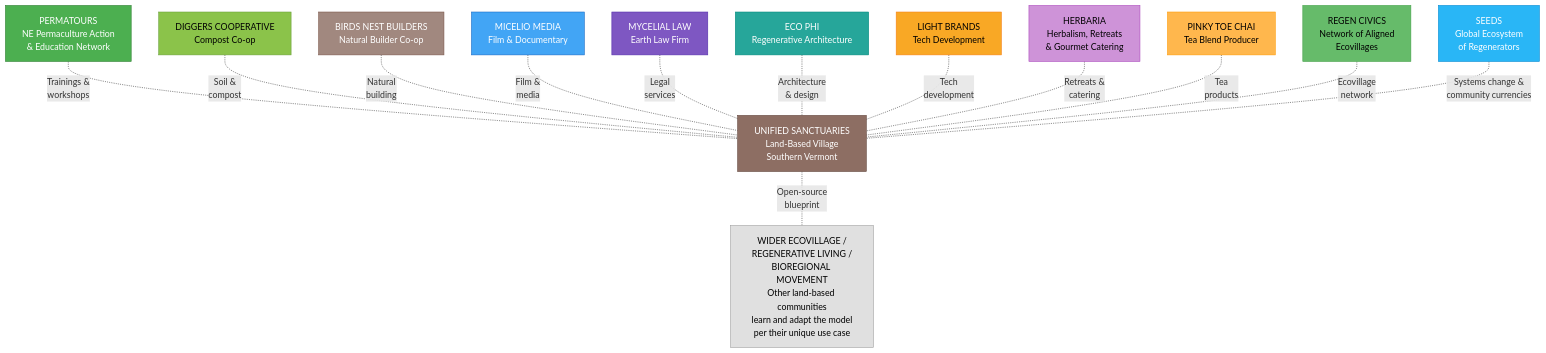
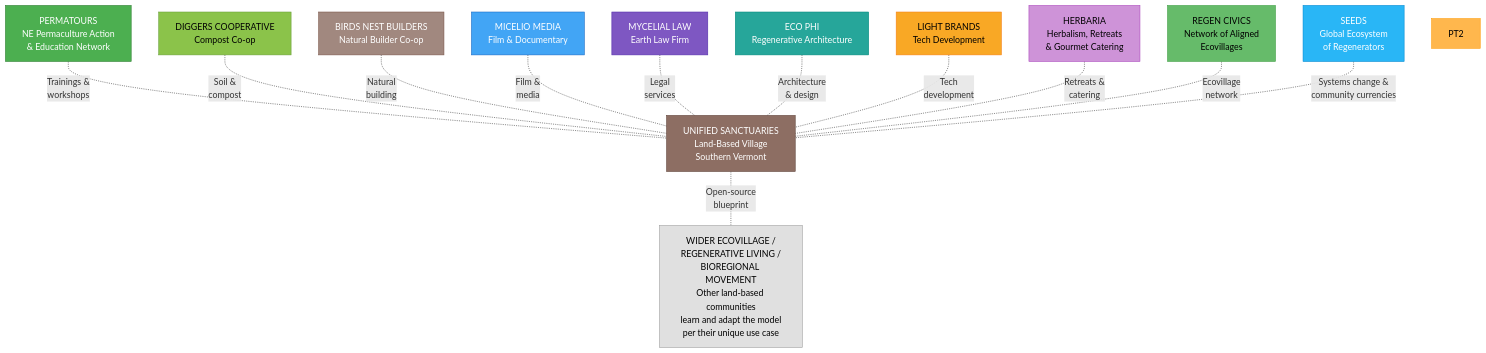
One commit to Light-Brands/sydney changed the sixth of 6 diagrams in unified-sanctuaries/EXECUTIVE-SUMMARY.md. Above: the diagram before and after it, drawn with Mermaid.

Commit message:
Remove Pinky Toe Chai from executive summary
Removed 'PINKY TOE CHAI' entry from the summary.

````diff
--- a/unified-sanctuaries/EXECUTIVE-SUMMARY.md
+++ b/unified-sanctuaries/EXECUTIVE-SUMMARY.md
@@ -252,32 +252,31 @@
 ```mermaid
 flowchart TD
     US["UNIFIED SANCTUARIES<br/>Land-Based Village<br/>Southern Vermont"]
 
     PT["PERMATOURS<br/>NE Permaculture Action<br/>& Education Network"] -.-|"Trainings &<br/>workshops"| US
     DG["DIGGERS COOPERATIVE<br/>Compost Co-op"] -.-|"Soil &<br/>compost"| US
     BN["BIRDS NEST BUILDERS<br/>Natural Builder Co-op"] -.-|"Natural<br/>building"| US
     MM["MICELIO MEDIA<br/>Film & Documentary"] -.-|"Film &<br/>media"| US
     ML["MYCELIAL LAW<br/>Earth Law Firm"] -.-|"Legal<br/>services"| US
     EP["ECO PHI<br/>Regenerative Architecture"] -.-|"Architecture<br/>& design"| US
     LB["LIGHT BRANDS<br/>Tech Development"] -.-|"Tech<br/>development"| US
     HB["HERBARIA<br/>Herbalism, Retreats<br/>& Gourmet Catering"] -.-|"Retreats &<br/>catering"| US
-    PT2["PINKY TOE CHAI<br/>Tea Blend Producer"] -.-|"Tea<br/>products"| US
     RC["REGEN CIVICS<br/>Network of Aligned<br/>Ecovillages"] -.-|"Ecovillage<br/>network"| US
     SD["SEEDS<br/>Global Ecosystem<br/>of Regenerators"] -.-|"Systems change &<br/>community currencies"| US
 
     US -.-|"Open-source<br/>blueprint"| WIDER["WIDER ECOVILLAGE /<br/>REGENERATIVE LIVING /<br/>BIOREGIONAL MOVEMENT<br/>Other land-based communities<br/>learn and adapt the model<br/>per their unique use case"]
 
     style US fill:#8D6E63,stroke:#5D4037,color:#fff
     style PT fill:#4CAF50,stroke:#2E7D32,color:#fff
     style DG fill:#8BC34A,stroke:#689F38,color:#000
     style BN fill:#A1887F,stroke:#795548,color:#fff
     style MM fill:#42A5F5,stroke:#1565C0,color:#fff
     style ML fill:#7E57C2,stroke:#512DA8,color:#fff
     style EP fill:#26A69A,stroke:#00897B,color:#fff
     style LB fill:#F9A825,stroke:#F57F17,color:#000
     style HB fill:#CE93D8,stroke:#AB47BC,color:#000
     style PT2 fill:#FFB74D,stroke:#FF9800,color:#000
     style RC fill:#66BB6A,stroke:#43A047,color:#000
     style SD fill:#29B6F6,stroke:#0288D1,color:#fff
     style WIDER fill:#E0E0E0,stroke:#9E9E9E,color:#000
 ```
````
